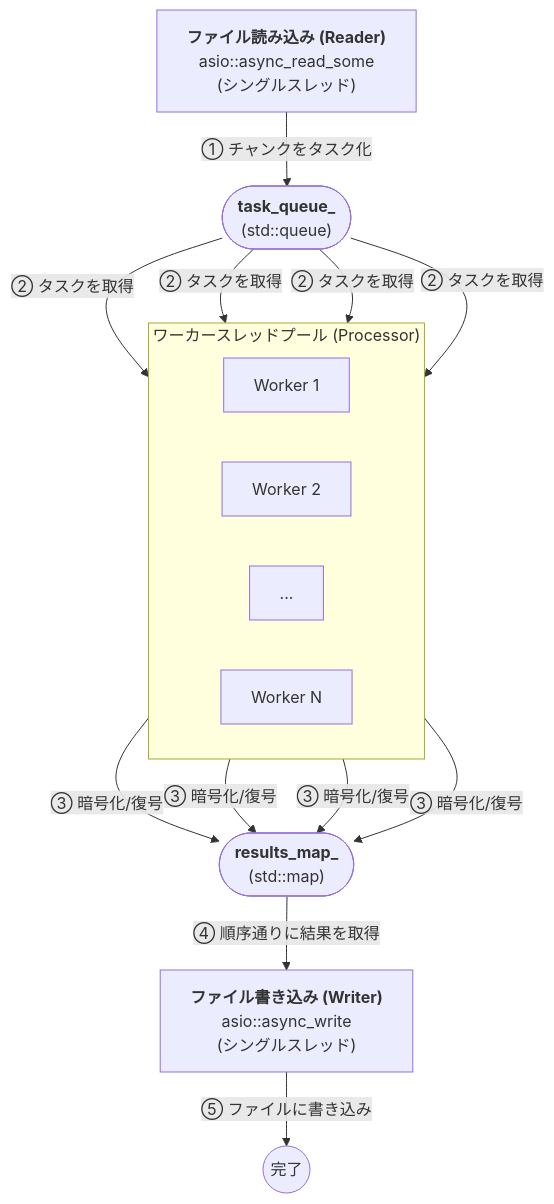
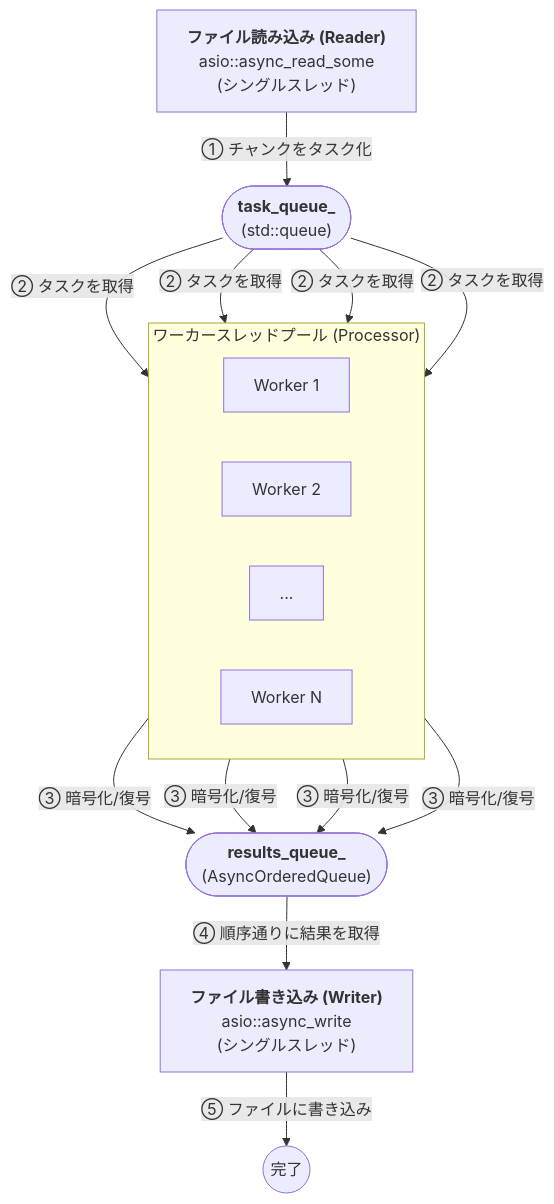
Before and after one commit to nkoriyama/nkCryptoTool: the diagram in nkCryptoTool_optimization_secrets.md, drawn with Mermaid. The commit also changed other lines of this file, not shown here.

````diff
--- a/nkCryptoTool_optimization_secrets.md
+++ b/nkCryptoTool_optimization_secrets.md
@@ -22,25 +22,25 @@
 ```mermaid
 graph TD
     A["<b>ファイル読み込み (Reader)</b><br>asio::async_read_some<br>(シングルスレッド)"] -->|① チャンクをタスク化| Q(["<b>task_queue_</b><br>(std::queue)"])
     
     subgraph "ワーカースレッドプール (Processor)"
         direction LR
         W1["Worker 1"]
         W2["Worker 2"]
         W3["..."]
         W4["Worker N"]
     end
 
     Q -->|② タスクを取得| W1
     Q -->|② タスクを取得| W2
     Q -->|② タスクを取得| W3
     Q -->|② タスクを取得| W4
 
-    W1 -->|③ 暗号化/復号| M(["<b>results_map_</b><br>(std::map)"])
-    W2 -->|③ 暗号化/復号| M
-    W3 -->|③ 暗号化/復号| M
-    W4 -->|③ 暗号化/復号| M
+    W1 -->|③ 暗号化/復号| R(["<b>results_queue_</b><br>(AsyncOrderedQueue)"])
+    W2 -->|③ 暗号化/復号| R
+    W3 -->|③ 暗号化/復号| R
+    W4 -->|③ 暗号化/復号| R
 
-    M -->|④ 順序通りに結果を取得| C["<b>ファイル書き込み (Writer)</b><br>asio::async_write<br>(シングルスレッド)"]
+    R -->|④ 順序通りに結果を取得| C["<b>ファイル書き込み (Writer)</b><br>asio::async_write<br>(シングルスレッド)"]
     C -->|⑤ ファイルに書き込み| D(("完了"))
 ```
````
